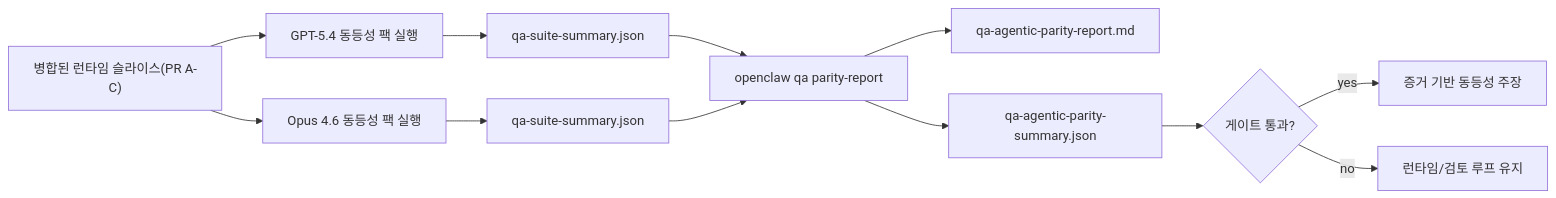
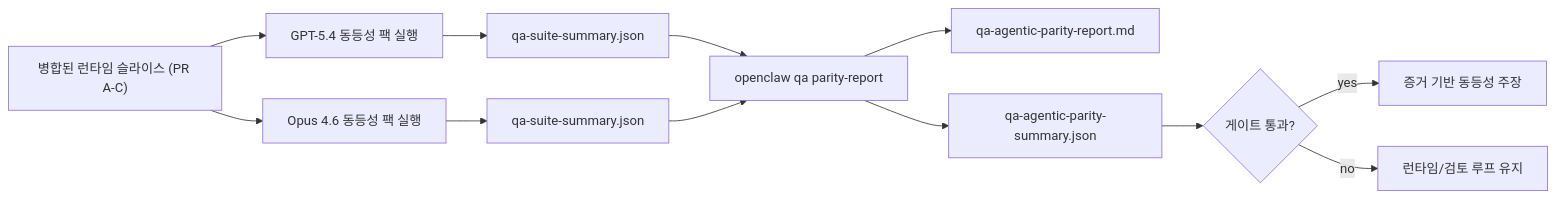
Before and after one commit to daichangya/openclaw-docs: the second of 2 diagrams in docs/ko/help/gpt54-codex-agentic-parity.md, drawn with Mermaid. The commit also changed other lines of this file and 440 other files, not shown here.

````diff
--- a/docs/ko/help/gpt54-codex-agentic-parity.md
+++ b/docs/ko/help/gpt54-codex-agentic-parity.md
@@ -133,14 +131,14 @@
 ```mermaid
 flowchart LR
-    A["병합된 런타임 슬라이스(PR A-C)"] --> B["GPT-5.4 동등성 팩 실행"]
+    A["병합된 런타임 슬라이스 (PR A-C)"] --> B["GPT-5.4 동등성 팩 실행"]
     A --> C["Opus 4.6 동등성 팩 실행"]
     B --> D["qa-suite-summary.json"]
     C --> E["qa-suite-summary.json"]
     D --> F["openclaw qa parity-report"]
     E --> F
     F --> G["qa-agentic-parity-report.md"]
     F --> H["qa-agentic-parity-summary.json"]
     H --> I{"게이트 통과?"}
     I -- "yes" --> J["증거 기반 동등성 주장"]
     I -- "no" --> K["런타임/검토 루프 유지"]
 ```
````
